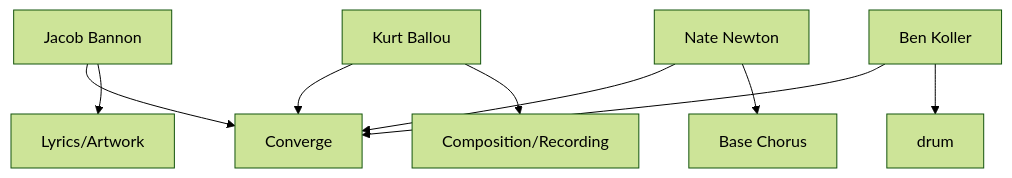
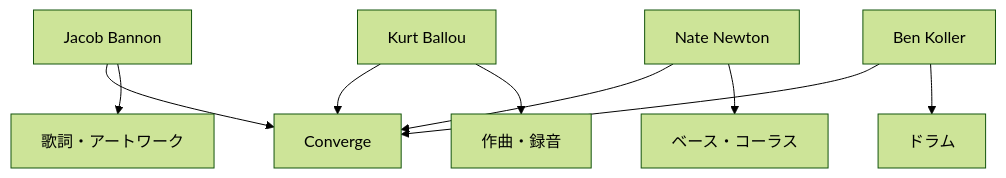
Before and after one commit to monumental-movement/monumental-movement.github.io: the second of 5 diagrams in en/_posts/2026-07-18-column-converge.md, drawn with Mermaid (forest theme). The commit also changed other lines of this file and 2196 other files, not shown here.

```diff
--- a/en/_posts/2026-07-18-column-converge.md
+++ b/en/_posts/2026-07-18-column-converge.md
@@ -364,20 +364,20 @@
 <div class="mermaid">
 graph TD
 
 A["Jacob Bannon"] --> E["Converge"]
 
 B["Kurt Ballou"] --> E
 
 C["Nate Newton"] --> E
 
 D["Ben Koller"] --> E
 
-A --> F["Lyrics/Artwork"]
+A --> F["歌詞・アートワーク"]
 
-B --> G["Composition/Recording"]
+B --> G["作曲・録音"]
 
-C --> H["Base Chorus"]
+C --> H["ベース・コーラス"]
 
-D --> I["drum"]
+D --> I["ドラム"]
 
 </div>
```
